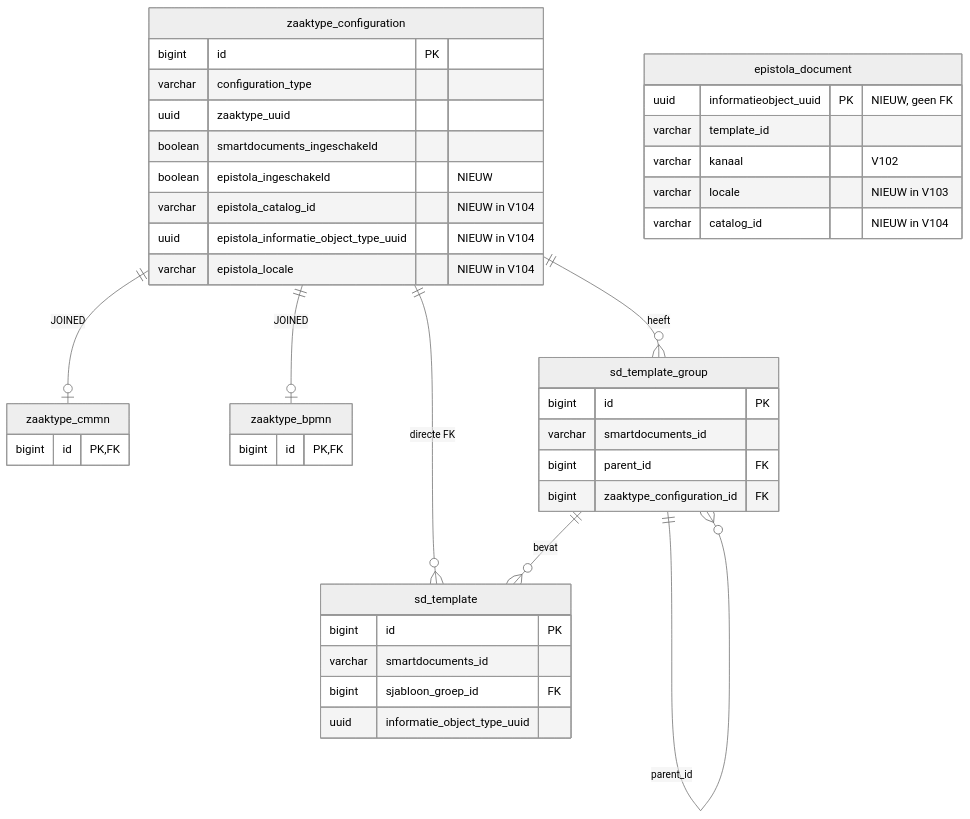
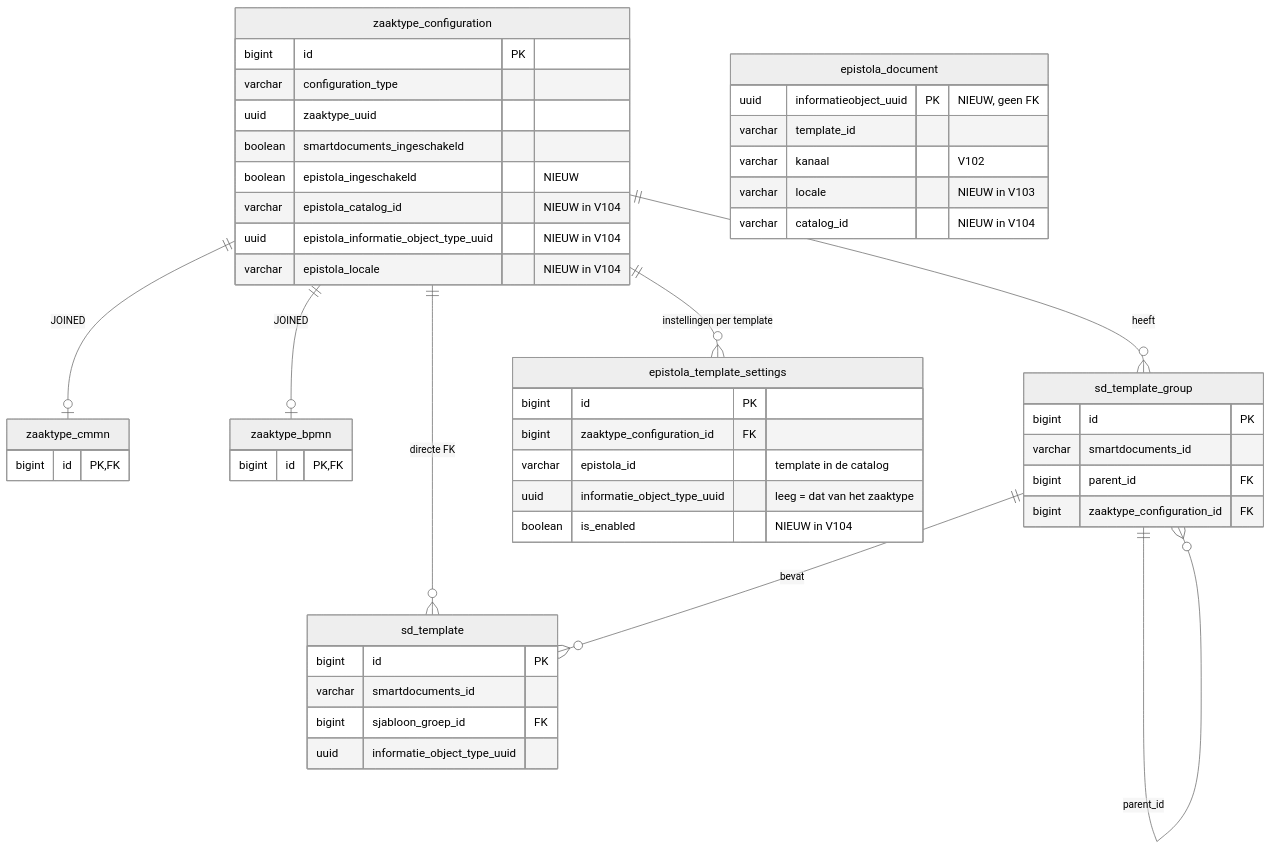
Before and after one commit to infonl/zac-epistola-prototype: the diagram in docs/epistola/datamodel.md, drawn with Mermaid (neutral theme). The commit also changed other lines of this file and 7 other files, not shown here.

Commit message:
docs: describe the Epistola accordion with a document type and an on/off switch per template

````diff
--- a/docs/epistola/datamodel.md
+++ b/docs/epistola/datamodel.md
@@ -26,45 +26,53 @@
 ```mermaid
 erDiagram
     zaaktype_configuration ||--o| zaaktype_cmmn : "JOINED"
     zaaktype_configuration ||--o| zaaktype_bpmn : "JOINED"
     zaaktype_configuration ||--o{ sd_template_group : heeft
     zaaktype_configuration ||--o{ sd_template : "directe FK"
+    zaaktype_configuration ||--o{ epistola_template_settings : "instellingen per template"
     sd_template_group ||--o{ sd_template : bevat
     sd_template_group ||--o{ sd_template_group : parent_id
 
     zaaktype_configuration {
         bigint id PK
         varchar configuration_type
         uuid zaaktype_uuid
         boolean smartdocuments_ingeschakeld
         boolean epistola_ingeschakeld "NIEUW"
         varchar epistola_catalog_id "NIEUW in V104"
         uuid epistola_informatie_object_type_uuid "NIEUW in V104"
         varchar epistola_locale "NIEUW in V104"
     }
     zaaktype_cmmn {
         bigint id PK,FK
     }
     zaaktype_bpmn {
         bigint id PK,FK
     }
     sd_template_group {
         bigint id PK
         varchar smartdocuments_id
         bigint parent_id FK
         bigint zaaktype_configuration_id FK
     }
     sd_template {
         bigint id PK
         varchar smartdocuments_id
         bigint sjabloon_groep_id FK
         uuid informatie_object_type_uuid
     }
+    epistola_template_settings {
+        bigint id PK
+        bigint zaaktype_configuration_id FK
+        varchar epistola_id "template in de catalog"
+        uuid informatie_object_type_uuid "leeg = dat van het zaaktype"
+        boolean is_enabled "NIEUW in V104"
+    }
     epistola_document {
         uuid informatieobject_uuid PK "NIEUW, geen FK"
         varchar template_id
         varchar kanaal "V102"
         varchar locale "NIEUW in V103"
         varchar catalog_id "NIEUW in V104"
     }
 ```
````
